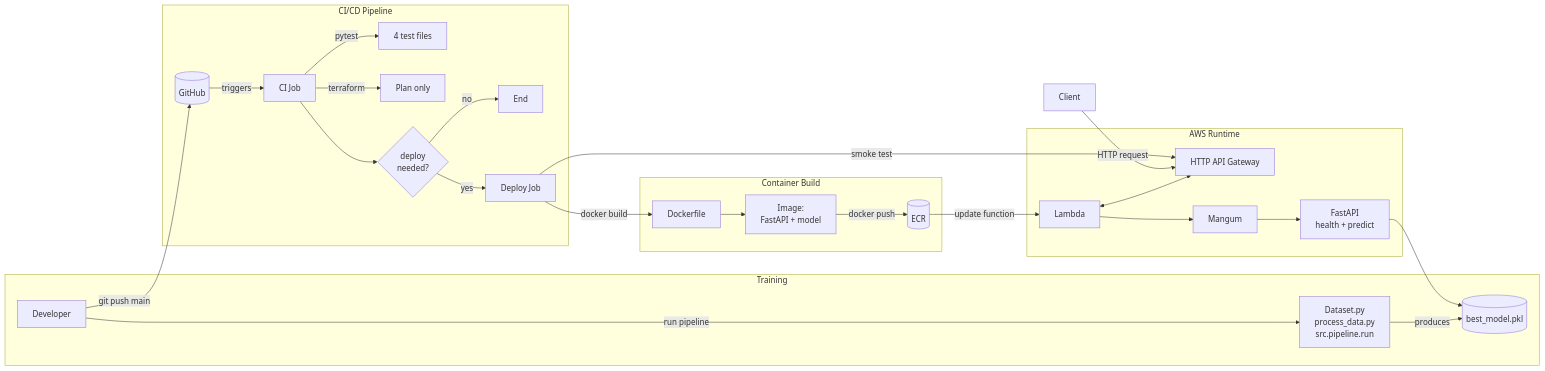
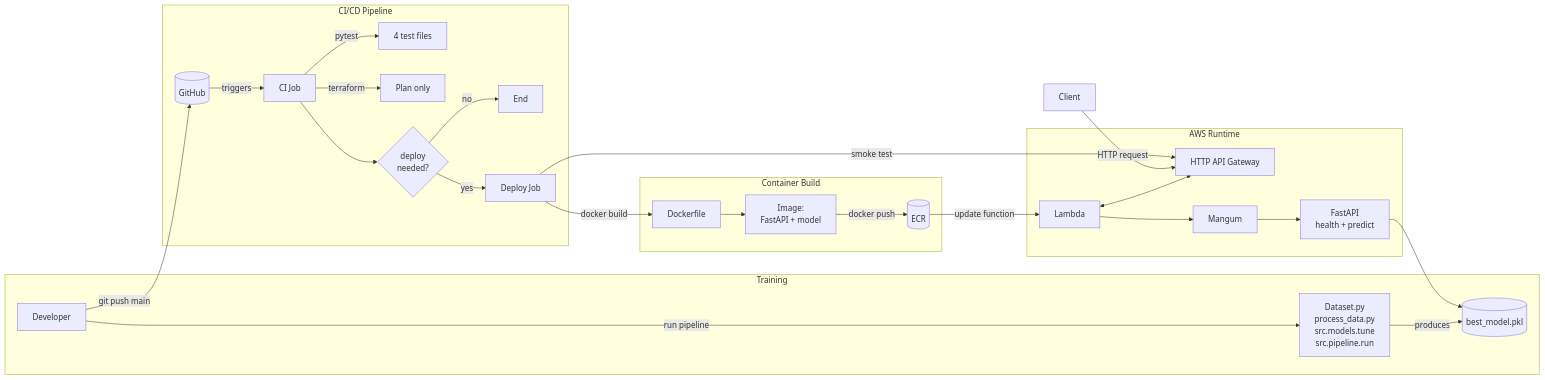
The diagram in MLOps_Deployment_Guide.md (clarence-ck/PRML-Project-Blood-Donation), drawn with Mermaid before and after one commit.

Commit message:
Update workflow diagram to include hyperparameter tuning module in training pipeline components

````diff
--- a/MLOps_Deployment_Guide.md
+++ b/MLOps_Deployment_Guide.md
@@ -441,34 +441,34 @@
 ```mermaid
 flowchart LR
     subgraph Training
-        dev[Developer] -->|run pipeline| train[Dataset.py<br/>process_data.py<br/>src.pipeline.run]
+        dev[Developer] -->|run pipeline| train[Dataset.py<br/>process_data.py<br/>src.models.tune<br/>src.pipeline.run]
         train -->|produces| model[(best_model.pkl)]
     end
 
     subgraph CICD[CI/CD Pipeline]
         dev -->|git push main| repo[(GitHub)]
         repo -->|triggers| ci[CI Job]
         ci -->|pytest| tests[4 test files]
         ci -->|terraform| tfPlan[Plan only]
         ci --> decision{deploy<br/>needed?}
         decision -->|no| endCI[End]
         decision -->|yes| deploy[Deploy Job]
     end
 
     subgraph Build[Container Build]
         deploy -->|docker build| dockerfile[Dockerfile]
         dockerfile --> image[Image:<br/>FastAPI + model]
         image -->|docker push| ecr[(ECR)]
     end
 
     subgraph AWS[AWS Runtime]
         ecr -->|update function| lambdaFn[Lambda]
         lambdaFn <--> apigw[HTTP API Gateway]
         lambdaFn --> mangum[Mangum]
         mangum --> fastapi[FastAPI<br/>health + predict]
         fastapi --> model
     end
 
     client[Client] -->|HTTP request| apigw
     deploy -->|smoke test| apigw
 ```
````
